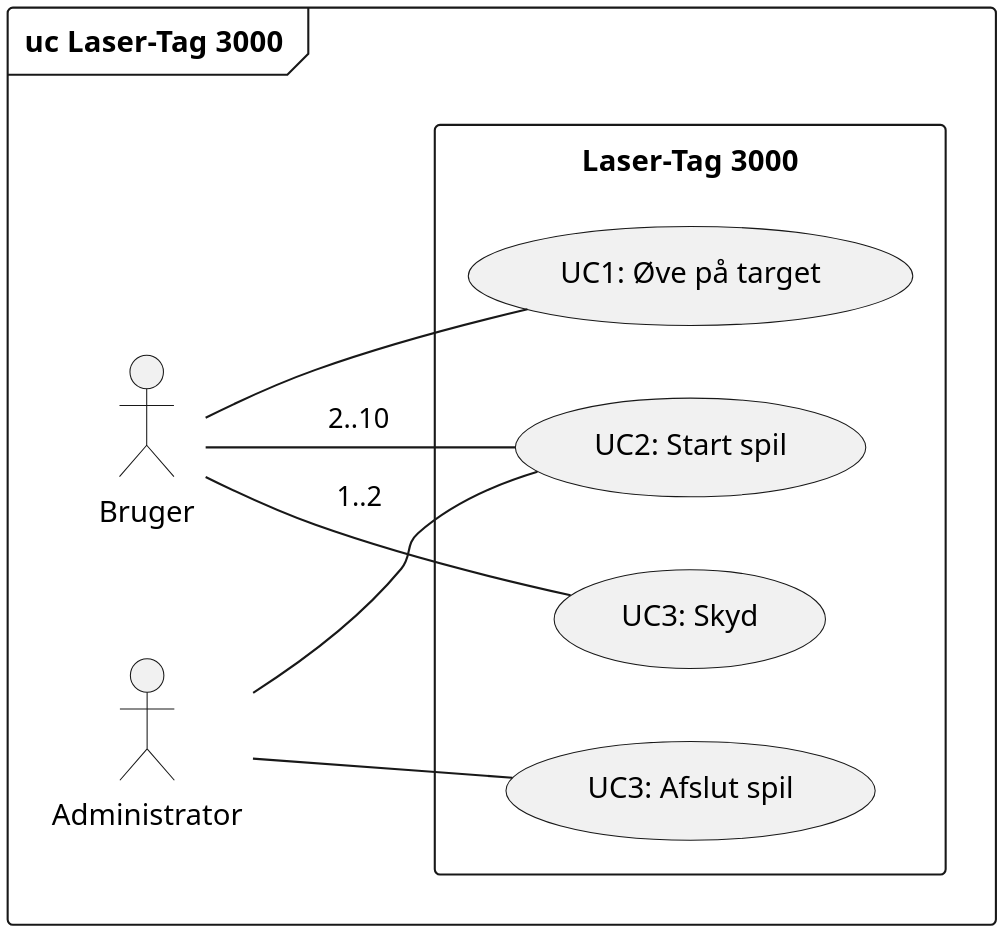
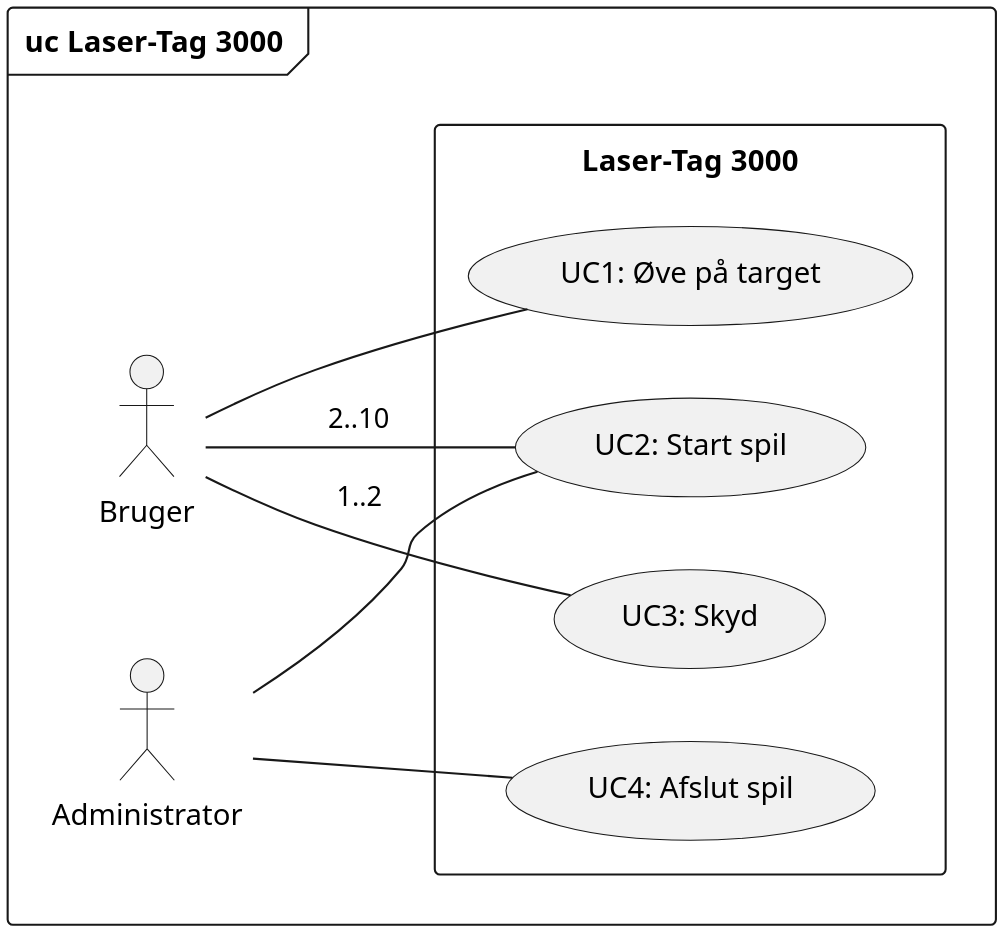
Before and after one commit to LasseKrarup/Laser-Tag-Project: the diagram in PlantUML/uc_diagram.plantuml, drawn with PlantUML. The commit also changed 1 other file, not shown here.

```diff
--- a/PlantUML/uc_diagram.plantuml
+++ b/PlantUML/uc_diagram.plantuml
@@ -1,28 +1,28 @@
 @startuml uc_diagram
 
 left to right direction
 
 skinparam {
   monochrome true
   dpi 300
   padding 5
   packageStyle rectangle
   packageStyle frame
   'backgroundColor transparent
 }
 
 frame "uc Laser-Tag 3000" {
 
   actor Bruger as user
   actor Administrator as admin
 
   rectangle "Laser-Tag 3000" {
     user -- (UC1: Øve på target)
     user -- (UC2: Start spil): 2..10
     user -- (UC3: Skyd): 1..2
     admin -- (UC2: Start spil)
-    admin -- (UC3: Afslut spil)
+    admin -- (UC4: Afslut spil)
   }
 }
 
 @enduml
```
